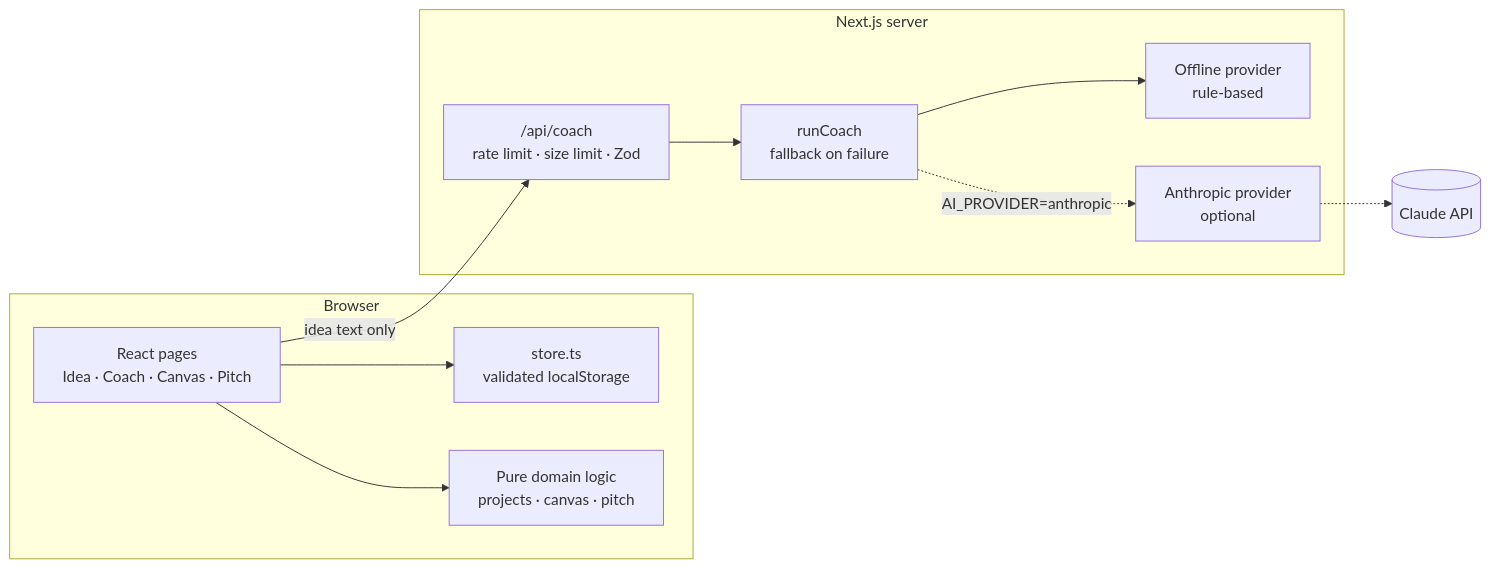
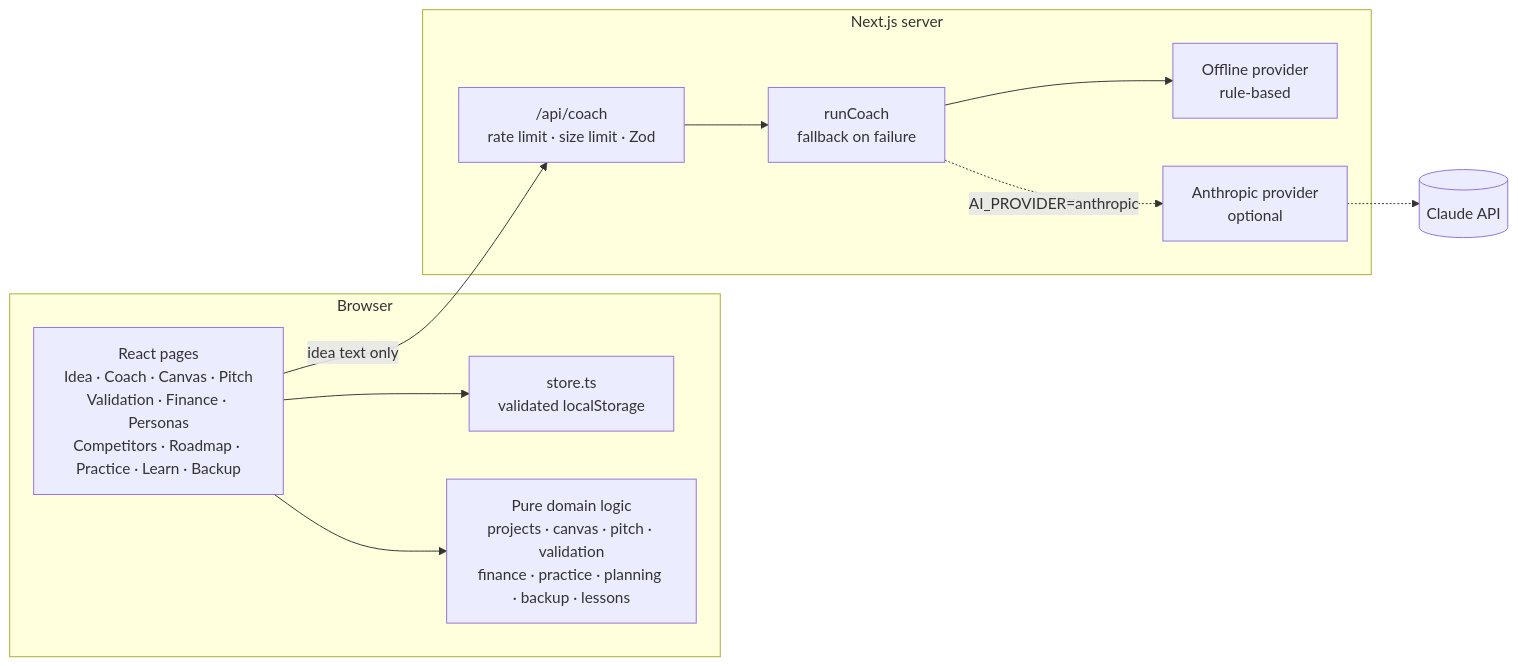
One commit to RohinCodes15/launchlab-ai changed the diagram in README.md. Above: the diagram before and after it, drawn with Mermaid. The commit also changed other lines of this file and 26 other files, not shown here.

````diff
--- a/README.md
+++ b/README.md
@@ -56,21 +86,21 @@
 ```mermaid
 flowchart LR
   subgraph Browser
-    UI[React pages<br/>Idea · Coach · Canvas · Pitch]
+    UI[React pages<br/>Idea · Coach · Canvas · Pitch<br/>Validation · Finance · Personas<br/>Competitors · Roadmap · Practice · Learn · Backup]
     Store[store.ts<br/>validated localStorage]
-    Domain[Pure domain logic<br/>projects · canvas · pitch]
+    Domain[Pure domain logic<br/>projects · canvas · pitch · validation<br/>finance · practice · planning · backup · lessons]
     UI --> Store
     UI --> Domain
   end
   subgraph Server[Next.js server]
     Route["/api/coach<br/>rate limit · size limit · Zod"]
     Run[runCoach<br/>fallback on failure]
     Offline[Offline provider<br/>rule-based]
     Claude[Anthropic provider<br/>optional]
     Route --> Run
     Run --> Offline
     Run -.->|AI_PROVIDER=anthropic| Claude
   end
   UI -->|idea text only| Route
   Claude -.-> API[(Claude API)]
 ```
````
